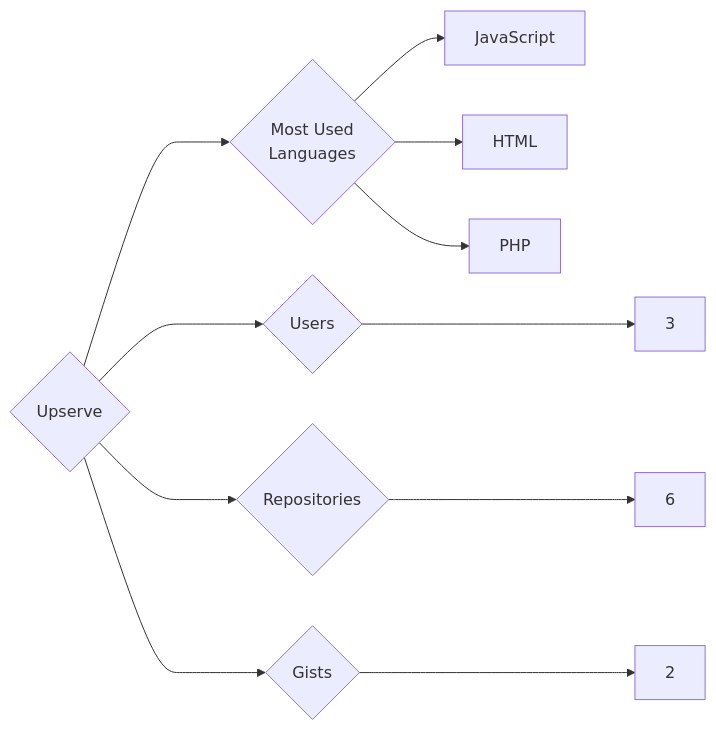
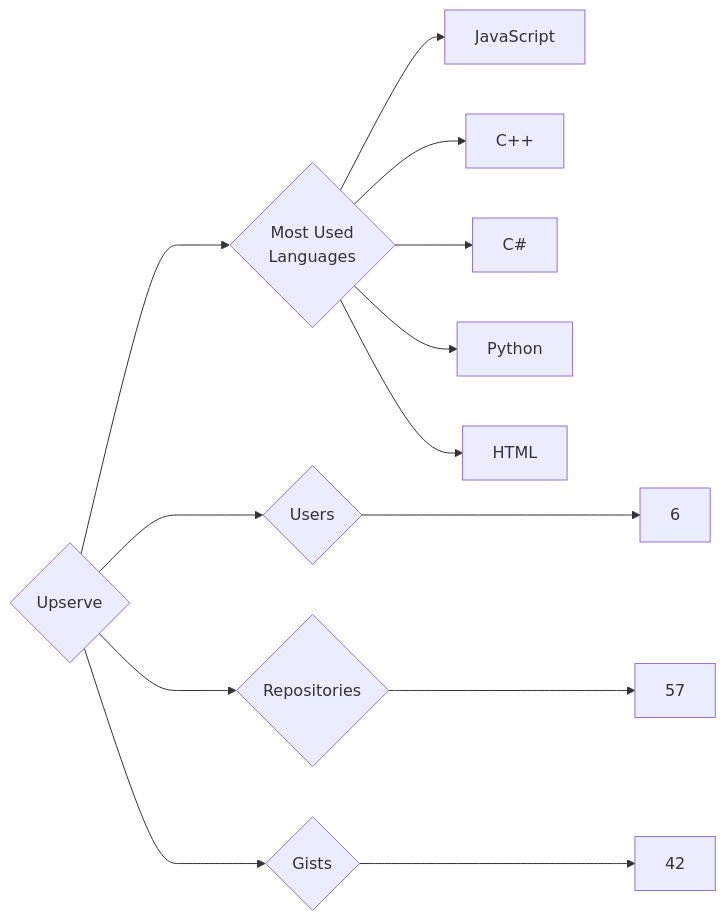
The diagram in targets/Upserve/README.md (trickest/insiders), drawn with Mermaid before and after one commit. The commit also changed 765 other files, not shown here.

````diff
--- a/targets/Upserve/README.md
+++ b/targets/Upserve/README.md
@@ -3,11 +3,13 @@
 ```mermaid
 graph LR
 COMPANY_NAME{Upserve}
-COMPANY_NAME ---> U{Users} ---> UN[3]
-COMPANY_NAME ---> R{Repositories} ---> RN[6]
-COMPANY_NAME ---> G{Gists} ---> GN[2]
+COMPANY_NAME ---> U{Users} ---> UN[6]
+COMPANY_NAME ---> R{Repositories} ---> RN[57]
+COMPANY_NAME ---> G{Gists} ---> GN[42]
 COMPANY_NAME ---> ML{Most Used<br>Languages}
 ML --> JavaScript[JavaScript]
+ML --> C++[C++]
+ML --> C#[C#]
+ML --> Python[Python]
 ML --> HTML[HTML]
-ML --> PHP[PHP]
 ```
````
